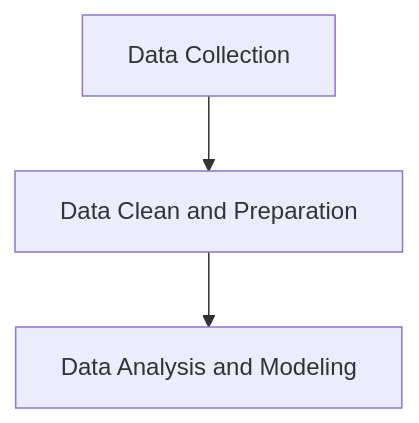
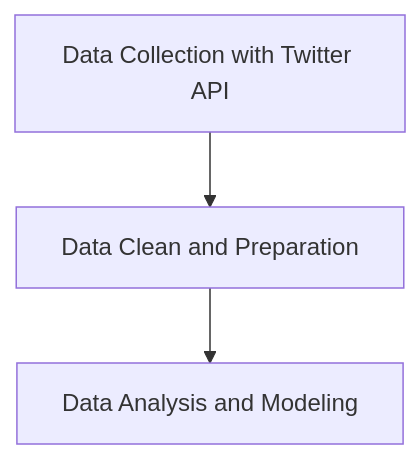
Before and after one commit to Lucy-Family-Institute/CSSR-Workshop-Twitter: the diagram in Session3.md, drawn with Mermaid. The commit also changed other lines of this file, not shown here.

````diff
--- a/Session3.md
+++ b/Session3.md
@@ -80,5 +80,5 @@
 ```mermaid
 flowchart TD
-    A[Data Collection] --> B[Data Clean and Preparation];
+    A[Data Collection with Twitter API] --> B[Data Clean and Preparation];
     B --> C[Data Analysis and Modeling];
 ```
````
